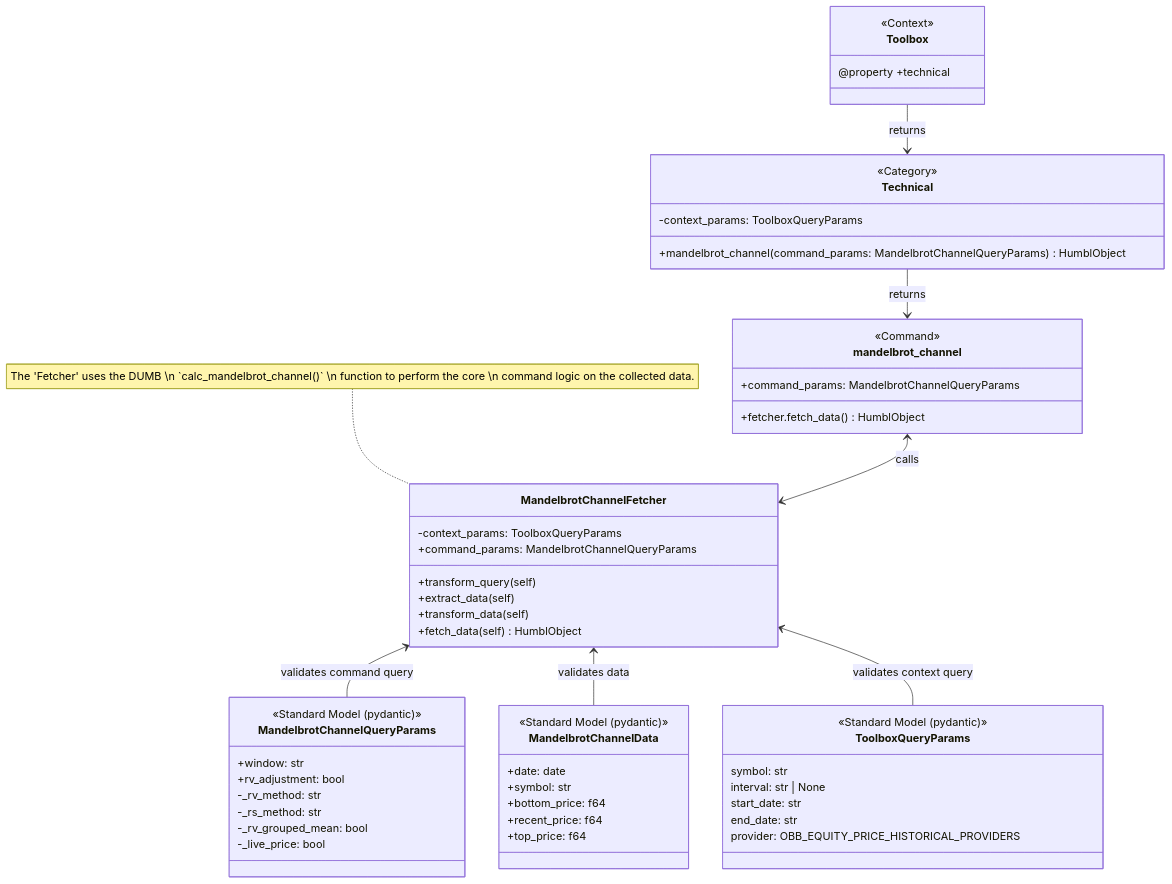
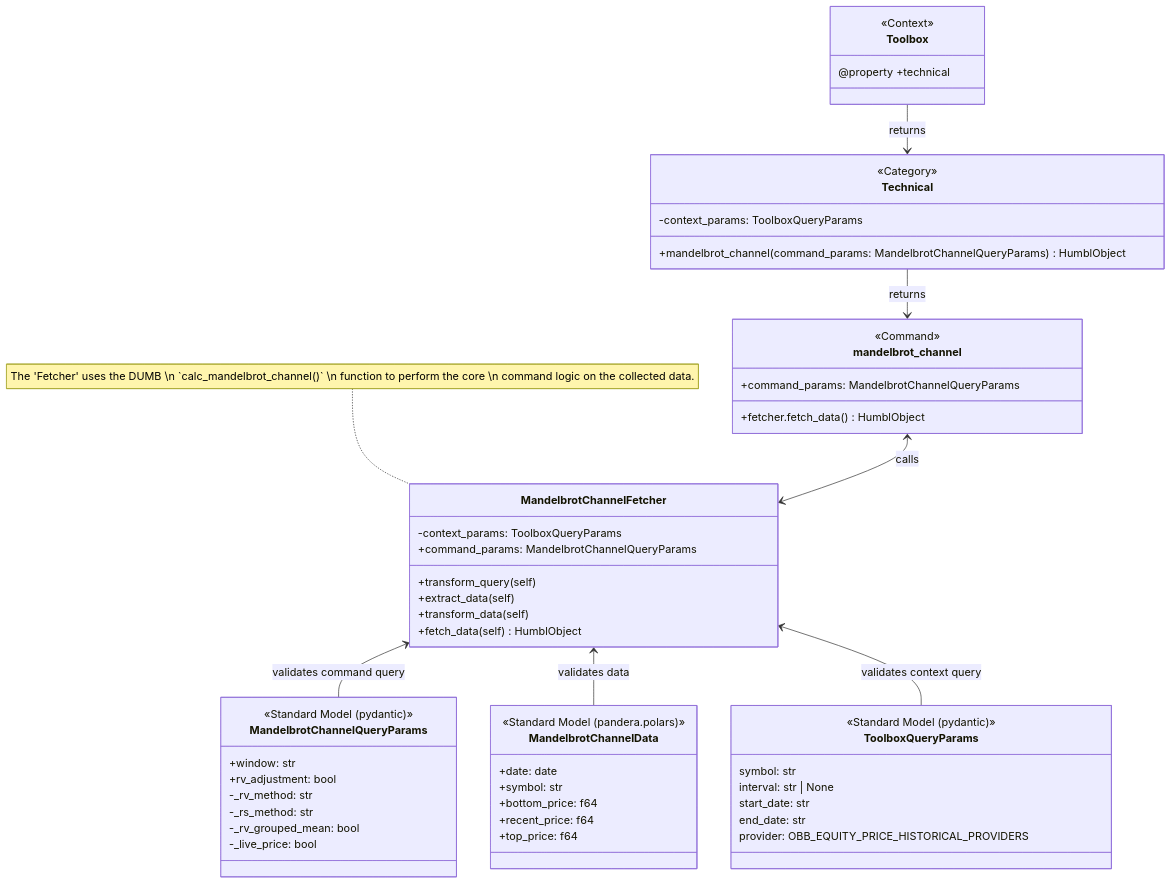
Before and after one commit to humblFINANCE/humblDATA: the diagram in docs/code_design/cccc_method.md, drawn with Mermaid. The commit also changed 3 other files, not shown here.

First line of the commit message:
🔧 chore: update standard model reference in cccc_method documentation

````diff
--- a/docs/code_design/cccc_method.md
+++ b/docs/code_design/cccc_method.md
@@ -38,63 +38,63 @@
 ```mermaid
 classDiagram
     class Toolbox {
         <<Context>>
         @property +technical
     }
     class Technical {
         <<Category>>
         -context_params: ToolboxQueryParams
         +mandelbrot_channel(command_params: MandelbrotChannelQueryParams) HumblObject
     }
     class MandelbrotChannelQueryParams {
         <<Standard Model (pydantic)>>
         +window: str
         +rv_adjustment: bool
         -_rv_method: str
         -_rs_method: str
         -_rv_grouped_mean: bool
         -_live_price: bool
     }
     class MandelbrotChannelData {
-        <<Standard Model (pydantic)>>
+        <<Standard Model (pandera.polars)>>
         +date: date
         +symbol: str
         +bottom_price: f64
         +recent_price: f64
         +top_price: f64
     }
     class ToolboxQueryParams {
         <<Standard Model (pydantic)>>
         symbol: str
         interval: str | None
         start_date: str
         end_date: str
         provider: OBB_EQUITY_PRICE_HISTORICAL_PROVIDERS
     }
     class MandelbrotChannelFetcher {
         -context_params: ToolboxQueryParams
         +command_params: MandelbrotChannelQueryParams
         +transform_query(self)
         +extract_data(self)
         +transform_data(self)
         +fetch_data(self)  HumblObject
     }
 
     %% not actually a class
     class mandelbrot_channel {
         <<Command>>
         +command_params: MandelbrotChannelQueryParams
         +fetcher.fetch_data() HumblObject
 
     }
 
     Toolbox -->  Technical : returns
     Technical --> mandelbrot_channel : returns
     mandelbrot_channel <--> MandelbrotChannelFetcher : calls
     MandelbrotChannelFetcher <-- MandelbrotChannelQueryParams : validates command query
     MandelbrotChannelFetcher <-- MandelbrotChannelData : validates data
     MandelbrotChannelFetcher <-- ToolboxQueryParams : validates context query
 
 
     note for MandelbrotChannelFetcher "The 'Fetcher' uses the DUMB \n `calc_mandelbrot_channel()` \n function to perform the core \n command logic on the collected data."
 ```
````
